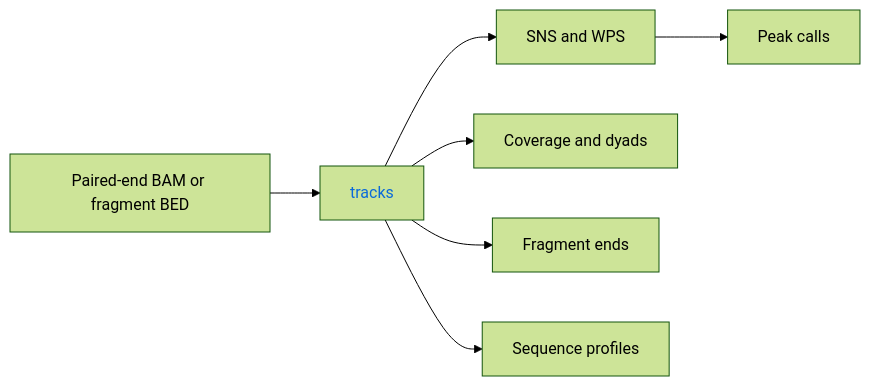
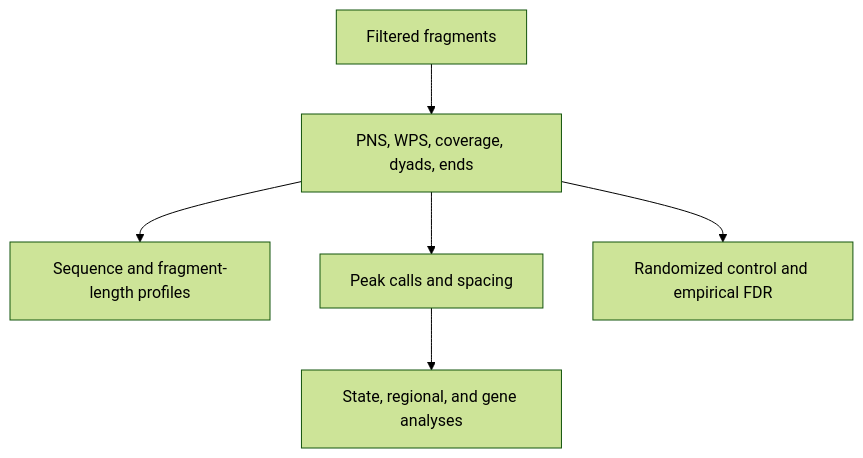
The second of 2 diagrams in docs/WORKFLOWS.md (adjohnston85/NucleoSuite), drawn with Mermaid (forest theme) before and after one commit. The commit also changed other lines of this file and 71 other files, not shown here.

````diff
--- a/docs/WORKFLOWS.md
+++ b/docs/WORKFLOWS.md
@@ -158,13 +57,8 @@
 ```mermaid
-flowchart LR
-    A[Paired-end BAM or fragment BED] --> B[tracks]
-    B --> C[SNS and WPS]
-    B --> D[Coverage and dyads]
-    B --> E[Fragment ends]
-    B --> F[Sequence profiles]
-    C --> G[Peak calls]
-
-    classDef commandLink color:#0969da,text-decoration:none;
-    class B commandLink;
-    click B href "https://github.com/adjohnston85/NucleoSuite/blob/main/docs/commands/tracks.md" "Open tracks documentation"
+flowchart TD
+    A[Filtered fragments] --> B[PNS, WPS, coverage, dyads, ends]
+    B --> C[Sequence and fragment-length profiles]
+    B --> D[Peak calls and spacing]
+    D --> E[State, regional, and gene analyses]
+    B --> F[Randomized control and empirical FDR]
 ```
````
